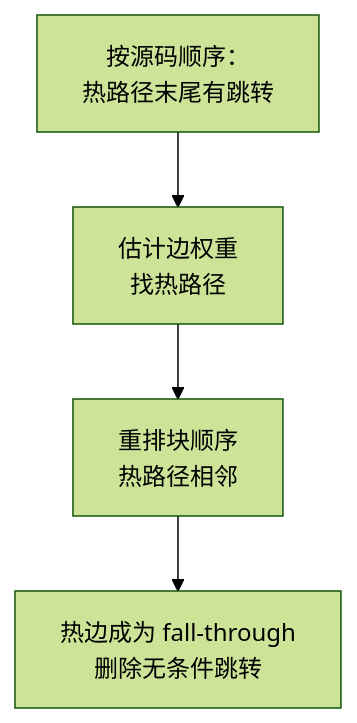
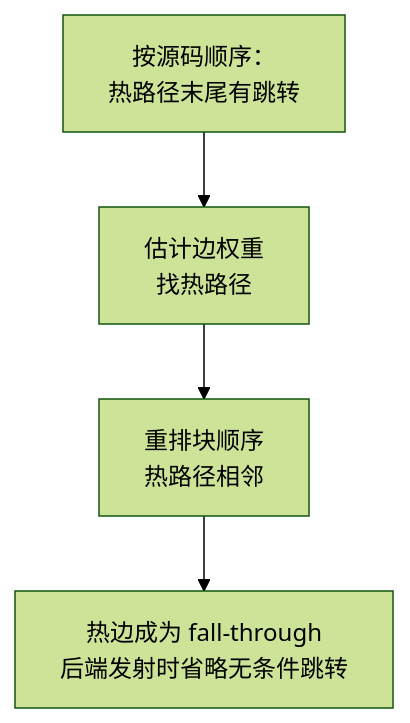
The first of 2 diagrams in docs/optim/ir-block-layout.md (lightsmilew/compiler-principles), drawn with Mermaid (forest theme) before and after one commit. The commit also changed other lines of this file and 32 other files, not shown here.

Commit message:
docs: unify assessment flow and submission guidance

````diff
--- a/docs/optim/ir-block-layout.md
+++ b/docs/optim/ir-block-layout.md
@@ -67,6 +67,6 @@
 ```mermaid
 flowchart TB
   A["按源码顺序：<br/>热路径末尾有跳转"] --> B["估计边权重<br/>找热路径"]
   B --> C["重排块顺序<br/>热路径相邻"]
-  C --> D["热边成为 fall-through<br/>删除无条件跳转"]
+  C --> D["热边成为 fall-through<br/>后端发射时省略无条件跳转"]
 ```
````
